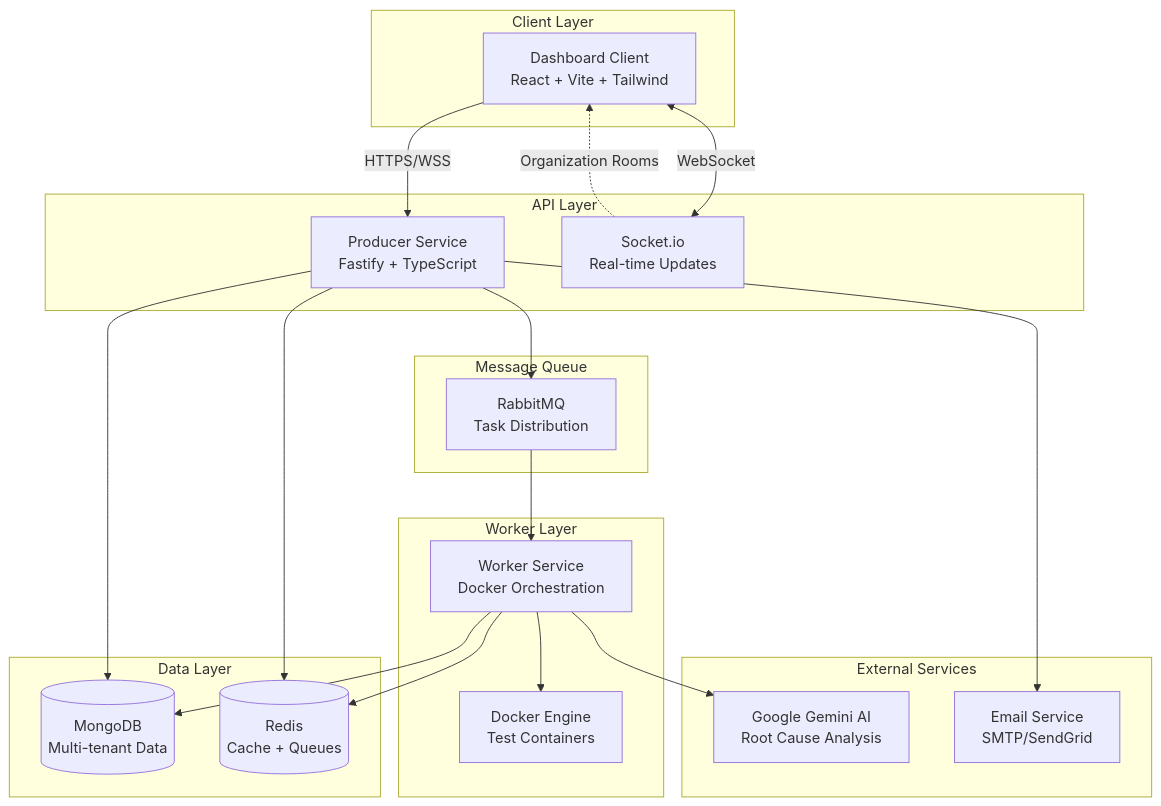
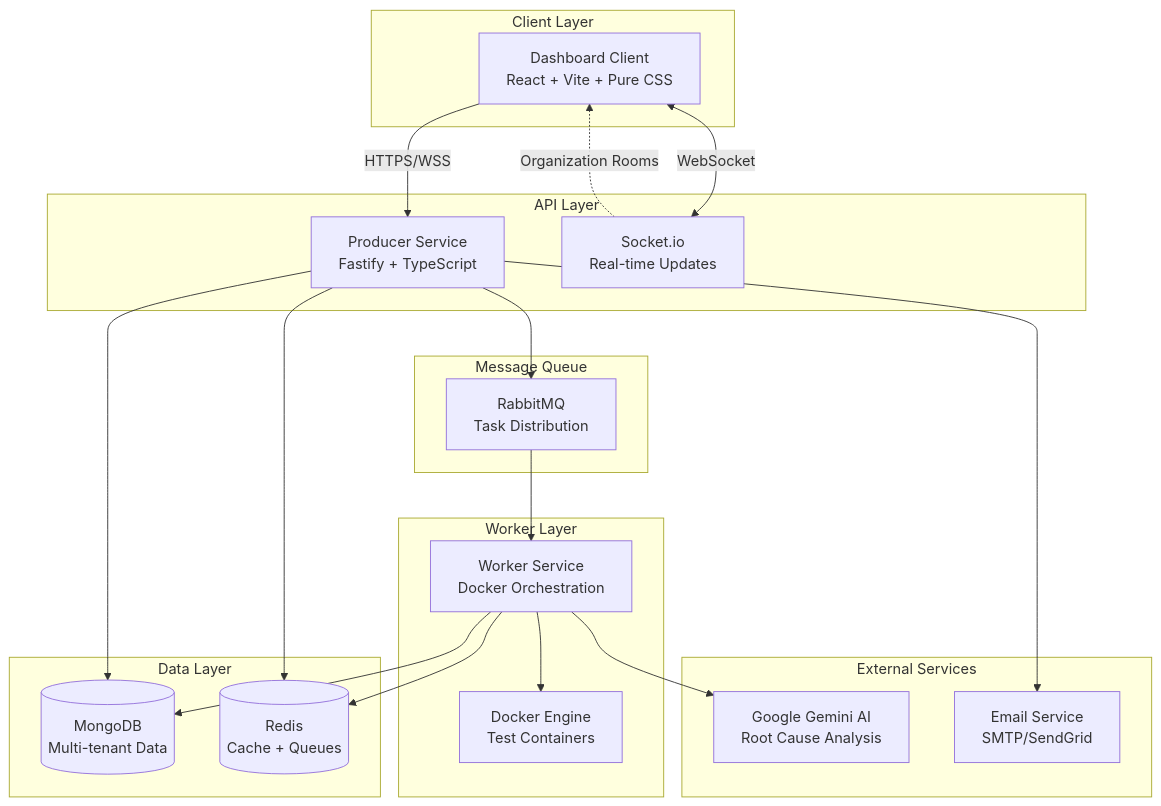
One commit to keinar/Agnox changed the diagram in README.md. Above: the diagram before and after it, drawn with Mermaid. The commit also changed other lines of this file and 7 other files, not shown here.

First line of the commit message:
docs: Update all documentation to reflect Pure CSS (not Tailwind)

````diff
--- a/README.md
+++ b/README.md
@@ -86,45 +86,45 @@
 ```mermaid
 graph TB
     subgraph "Client Layer"
-        UI[Dashboard Client<br/>React + Vite + Tailwind]
+        UI[Dashboard Client<br/>React + Vite + Pure CSS]
     end
 
     subgraph "API Layer"
         Producer[Producer Service<br/>Fastify + TypeScript]
         Socket[Socket.io<br/>Real-time Updates]
     end
 
     subgraph "Worker Layer"
         Worker[Worker Service<br/>Docker Orchestration]
         Docker[Docker Engine<br/>Test Containers]
     end
 
     subgraph "Data Layer"
         Mongo[(MongoDB<br/>Multi-tenant Data)]
         Redis[(Redis<br/>Cache + Queues)]
     end
 
     subgraph "Message Queue"
         RabbitMQ[RabbitMQ<br/>Task Distribution]
     end
 
     subgraph "External Services"
         Gemini[Google Gemini AI<br/>Root Cause Analysis]
         Email[Email Service<br/>SMTP/SendGrid]
     end
 
     UI -->|HTTPS/WSS| Producer
     UI <-->|WebSocket| Socket
     Producer --> Mongo
     Producer --> Redis
     Producer --> RabbitMQ
     Producer --> Email
 
     RabbitMQ --> Worker
     Worker --> Docker
     Worker --> Mongo
     Worker --> Redis
     Worker --> Gemini
 
     Socket -.->|Organization Rooms| UI
 ```
````
